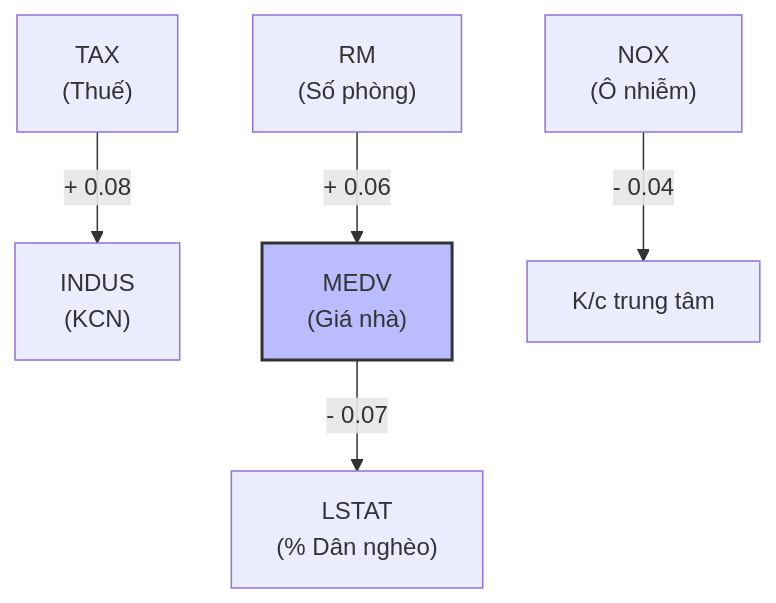
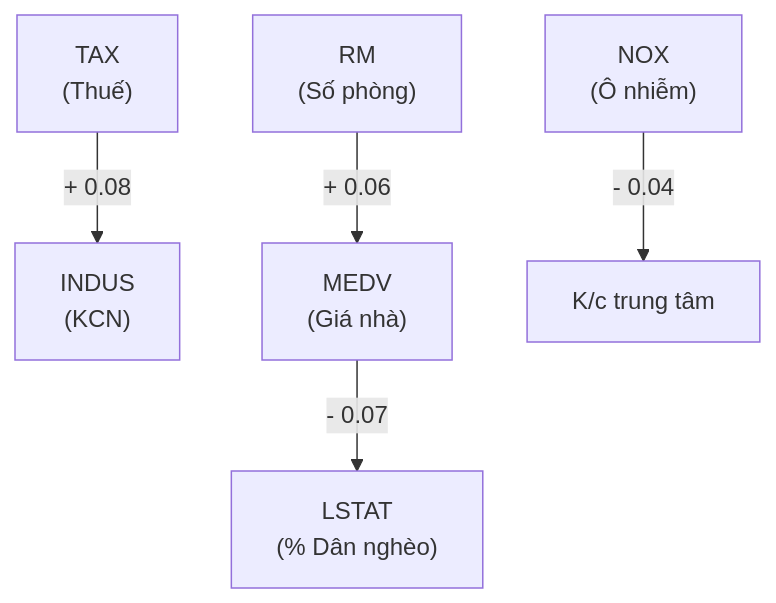
The third of 3 diagrams in docx/Chuong4_KetQuaThucNghiem.md (manhthai1706/DeepANM), drawn with Mermaid before and after one commit. The commit also changed other lines of this file, not shown here.

Commit message:
docs: unify diagram node styles by removing specific highlights

````diff
--- a/docx/Chuong4_KetQuaThucNghiem.md
+++ b/docx/Chuong4_KetQuaThucNghiem.md
@@ -149,9 +147,7 @@
 ```mermaid
 graph TD
     TAX["TAX<br/>(Thuế)"] -- "+ 0.08" --> INDUS["INDUS<br/>(KCN)"]
     RM["RM<br/>(Số phòng)"] -- "+ 0.06" --> MEDV["MEDV<br/>(Giá nhà)"]
     MEDV["MEDV<br/>(Giá nhà)"] -- "- 0.07" --> LSTAT["LSTAT<br/>(% Dân nghèo)"]
     NOX["NOX<br/>(Ô nhiễm)"] -- "- 0.04" --> DIS["K/c trung tâm"]
-    
-    style MEDV fill:#bbf,stroke:#333,stroke-width:2px
 ```
````
